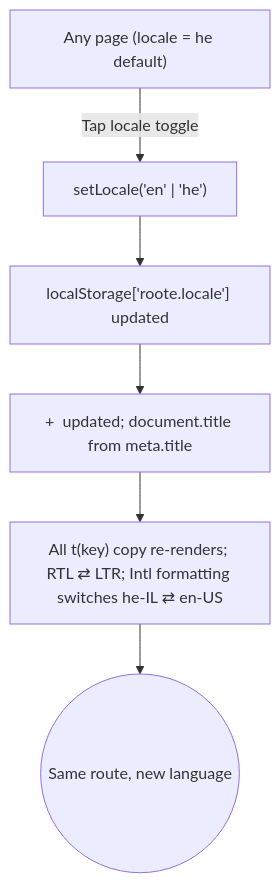
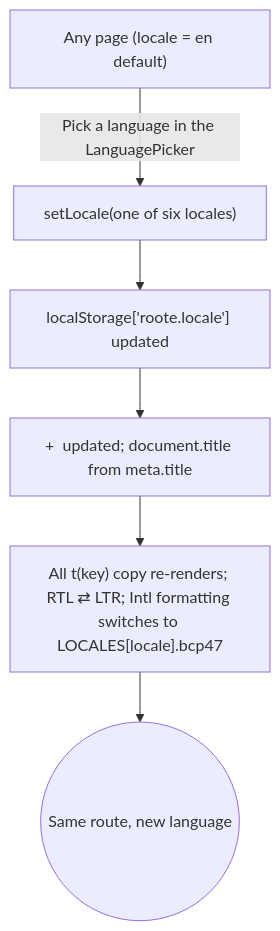
One commit to precioushopey/roote.us changed diagram 14 of 15 in docs/USER-FLOWS.md. Above: the diagram before and after it, drawn with Mermaid. The commit also changed other lines of this file and 148 other files, not shown here.

````diff
--- a/docs/USER-FLOWS.md
+++ b/docs/USER-FLOWS.md
@@ -300,8 +302,8 @@
 ```mermaid
 flowchart TD
-    A["Any page (locale = he default)"] -->|"Tap locale toggle"| B["setLocale('en' | 'he')"]
+    A["Any page (locale = en default)"] -->|"Pick a language in the LanguagePicker"| B["setLocale(one of six locales)"]
     B --> C["localStorage['roote.locale'] updated"]
     C --> D["<html lang> + <html dir> updated; document.title from meta.title"]
-    D --> E["All t(key) copy re-renders; RTL ⇄ LTR; Intl formatting switches he-IL ⇄ en-US"]
+    D --> E["All t(key) copy re-renders; RTL ⇄ LTR; Intl formatting switches to LOCALES[locale].bcp47"]
     E --> F((Same route, new language))
 ```
````
